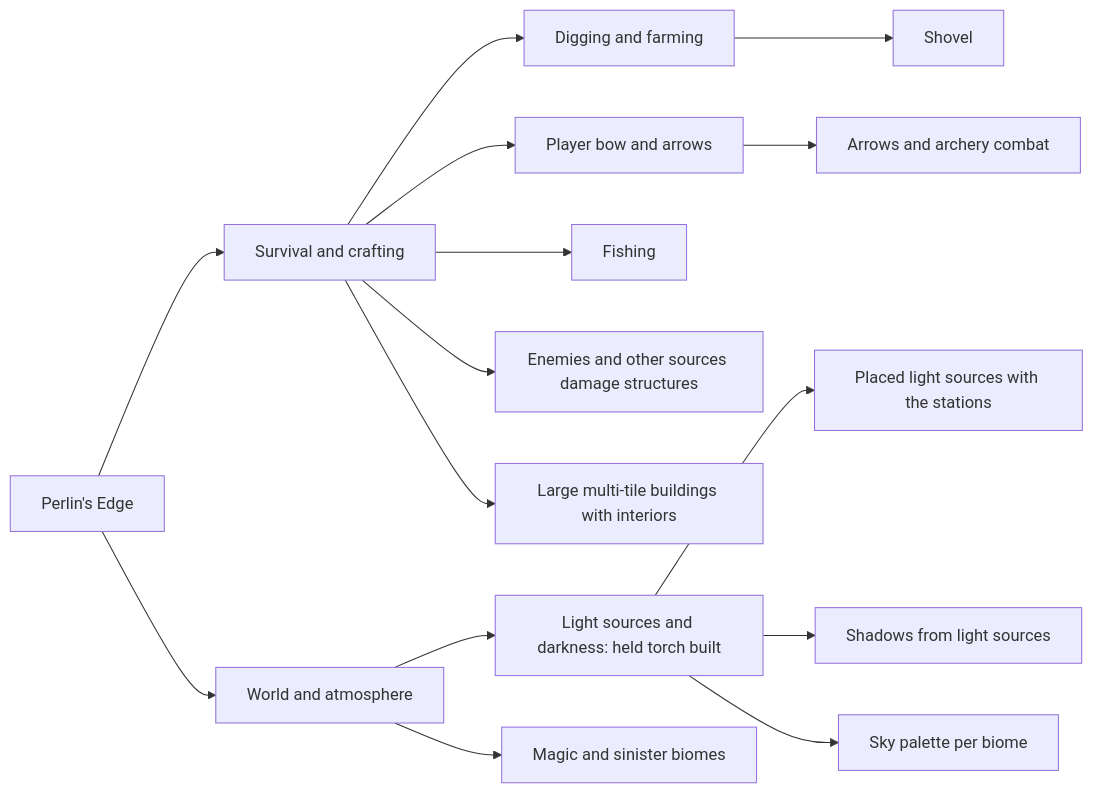
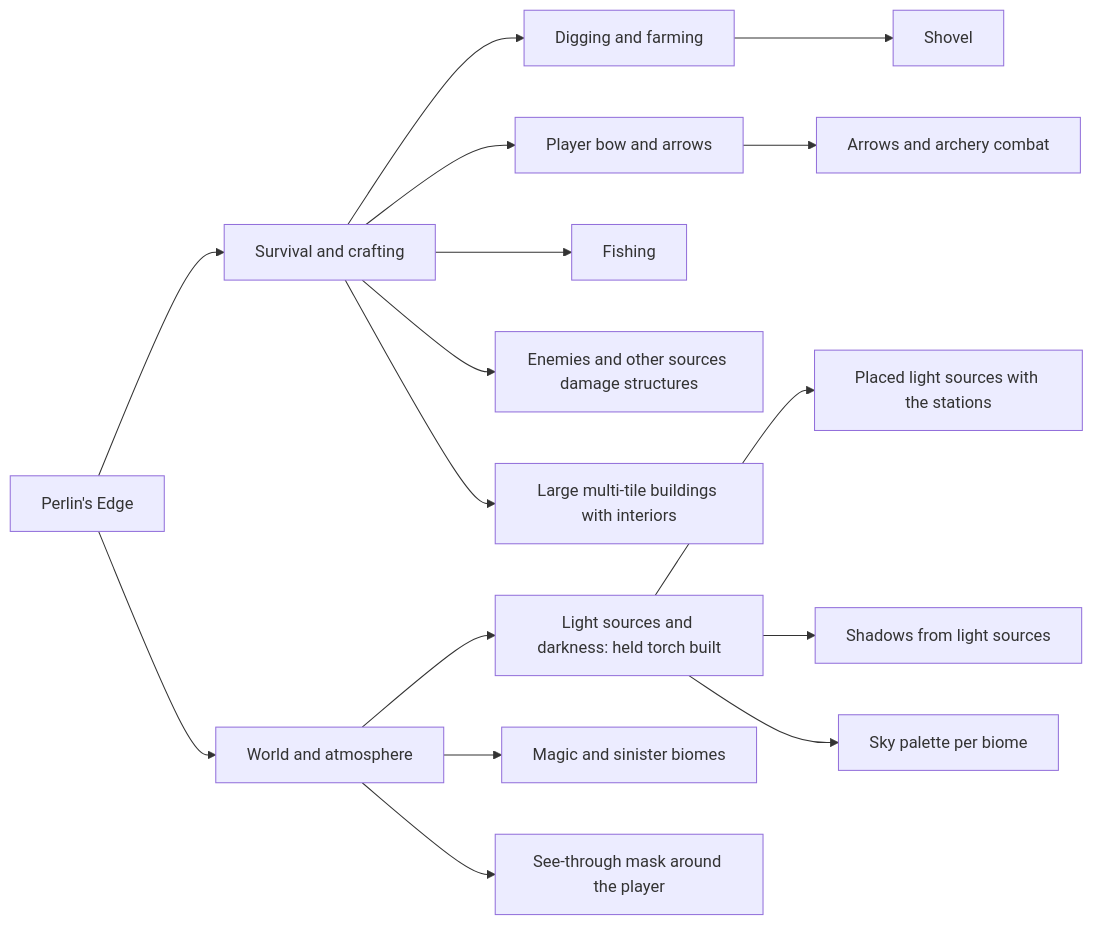
One commit to kfeuerschvenger/perlinsedge changed the diagram in docs/ROADMAP.md. Above: the diagram before and after it, drawn with Mermaid. The commit also changed other lines of this file, not shown here.

Commit message:
docs: add the see-through mask around the player to the roadmap

````diff
--- a/docs/ROADMAP.md
+++ b/docs/ROADMAP.md
@@ -5,17 +5,18 @@
 ```mermaid
 flowchart LR
     game[Perlin's Edge] --> survival[Survival and crafting]
     game --> world[World and atmosphere]
     survival --> digging[Digging and farming]
     survival --> bow[Player bow and arrows]
     survival --> fishing[Fishing]
     survival --> structures[Enemies and other sources damage structures]
     survival --> large[Large multi-tile buildings with interiors]
     world --> lighting[Light sources and darkness: held torch built]
     world --> biomes[Magic and sinister biomes]
+    world --> seethrough[See-through mask around the player]
     digging --> shovel[Shovel]
     bow --> arrows[Arrows and archery combat]
     lighting --> placed[Placed light sources with the stations]
     lighting --> shadows[Shadows from light sources]
     lighting --> palettes[Sky palette per biome]
 ```
````
